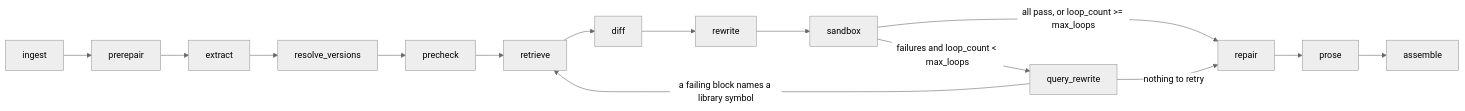
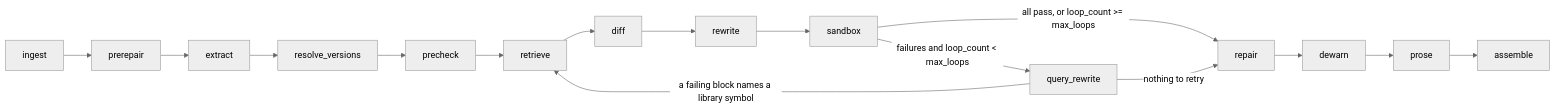
Before and after one commit to thorOdinson16/tutorial-fixer: the diagram in README.md, drawn with Mermaid (neutral theme). The commit also changed other lines of this file, not shown here.

````diff
--- a/README.md
+++ b/README.md
@@ -25,10 +25,10 @@
 ```mermaid
 flowchart LR
     A[ingest] --> P0[prerepair] --> B[extract] --> C[resolve_versions] --> P1[precheck] --> D[retrieve]
     D --> E[diff] --> F[rewrite] --> G[sandbox]
     G -->|all pass, or loop_count >= max_loops| R[repair]
     G -->|failures and loop_count < max_loops| Q[query_rewrite]
     Q -->|a failing block names a library symbol| D
     Q -->|nothing to retry| R
-    R --> PR[prose] --> H[assemble]
+    R --> W[dewarn] --> PR[prose] --> H[assemble]
 ```
````
